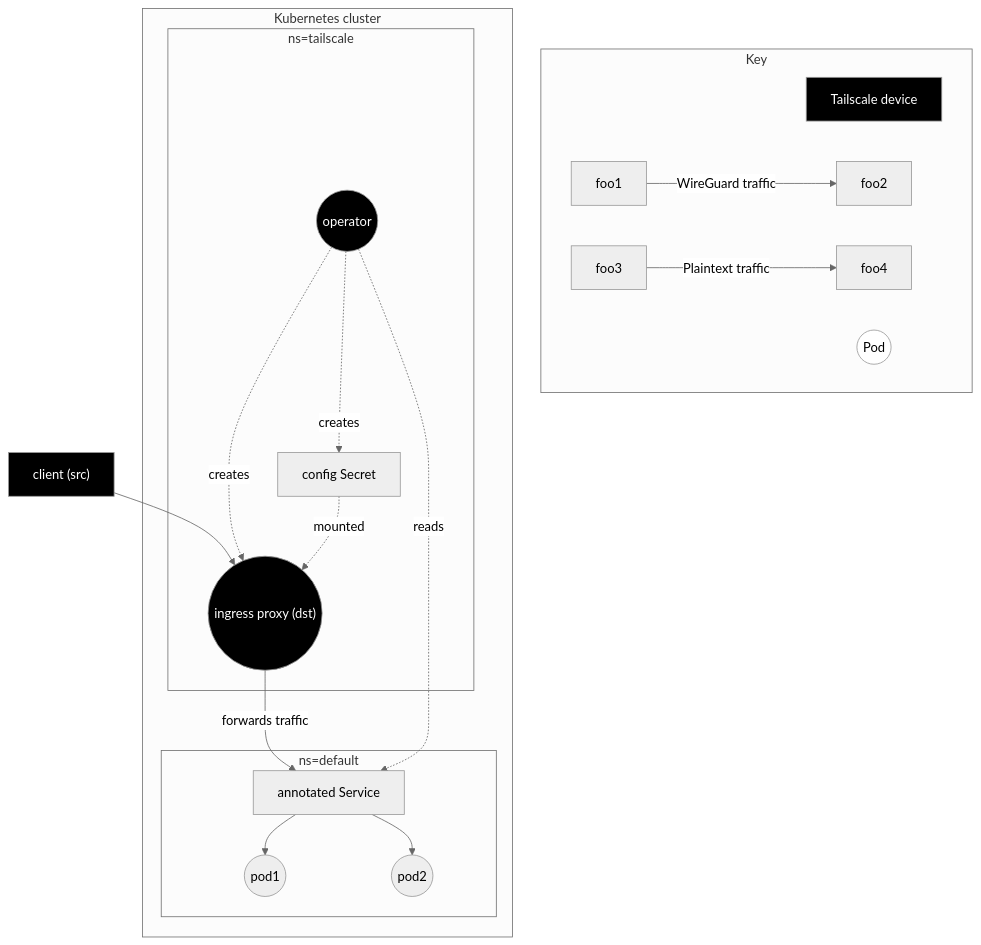
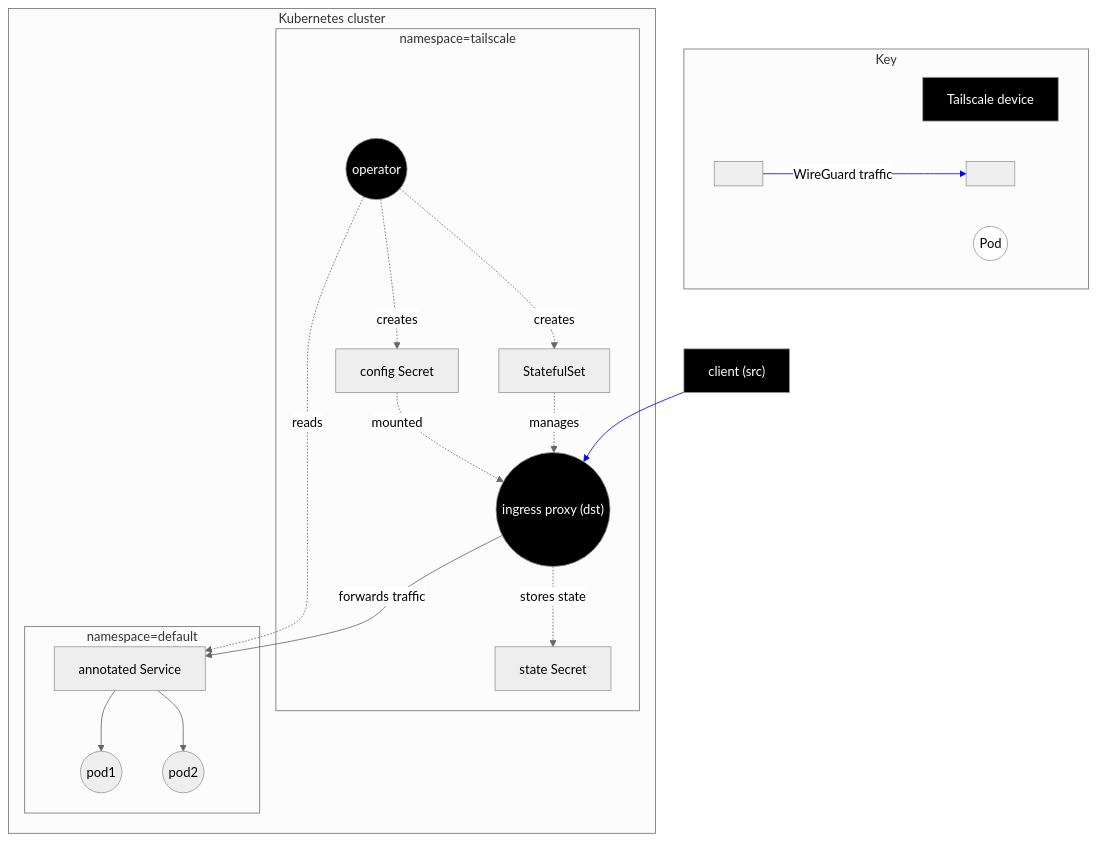
Before and after one commit to tailscale/tailscale: the second of 7 diagrams in docs/k8s/operator-architecture.md, drawn with Mermaid. The commit also changed other lines of this file, not shown here.

Commit message:
Colour coding, ingress + connector, consistency

````diff
--- a/docs/k8s/operator-architecture.md
+++ b/docs/k8s/operator-architecture.md
@@ -57,34 +78,40 @@
 ```mermaid
 %%{ init: { 'theme':'neutral' } }%%
 flowchart TD
     classDef tsnode color:#fff,fill:#000;
     classDef pod fill:#fff;
 
     subgraph Key
         ts[Tailscale device]:::tsnode
         pod((Pod)):::pod
-        foo1-->|WireGuard traffic|foo2
-        foo3-->|Plaintext traffic|foo4
+        hidden[" "]-->|WireGuard traffic|hidden2[" "]
     end
 
     subgraph k8s[Kubernetes cluster]
-        subgraph tailscale-ns[ns=tailscale]
+        subgraph tailscale-ns[namespace=tailscale]
             operator((operator)):::tsnode
+            ingress-sts["StatefulSet"]
             ingress(("ingress proxy (dst)")):::tsnode
-            secret[config Secret]
+            config-secret["config Secret"]
+            state-secret["state Secret"]
         end
 
-        subgraph defaultns[ns=default]
+        subgraph defaultns[namespace=default]
             svc[annotated Service]
             svc --> pod1((pod1))
             svc --> pod2((pod2))
         end
     end
     client["client (src)"]:::tsnode --> ingress
     ingress -->|forwards traffic| svc
-    operator -.->|creates| ingress
+    operator -.->|creates| ingress-sts
+    ingress-sts -.->|manages| ingress
     operator -.->|reads| svc
-    operator -.->|creates| secret
-    secret -.->|mounted| ingress
+    operator -.->|creates| config-secret
+    config-secret -.->|mounted| ingress
+    ingress -.->|stores state| state-secret
+
+    linkStyle 0 stroke:blue;
+    linkStyle 3 stroke:blue;
 
 ```
````
